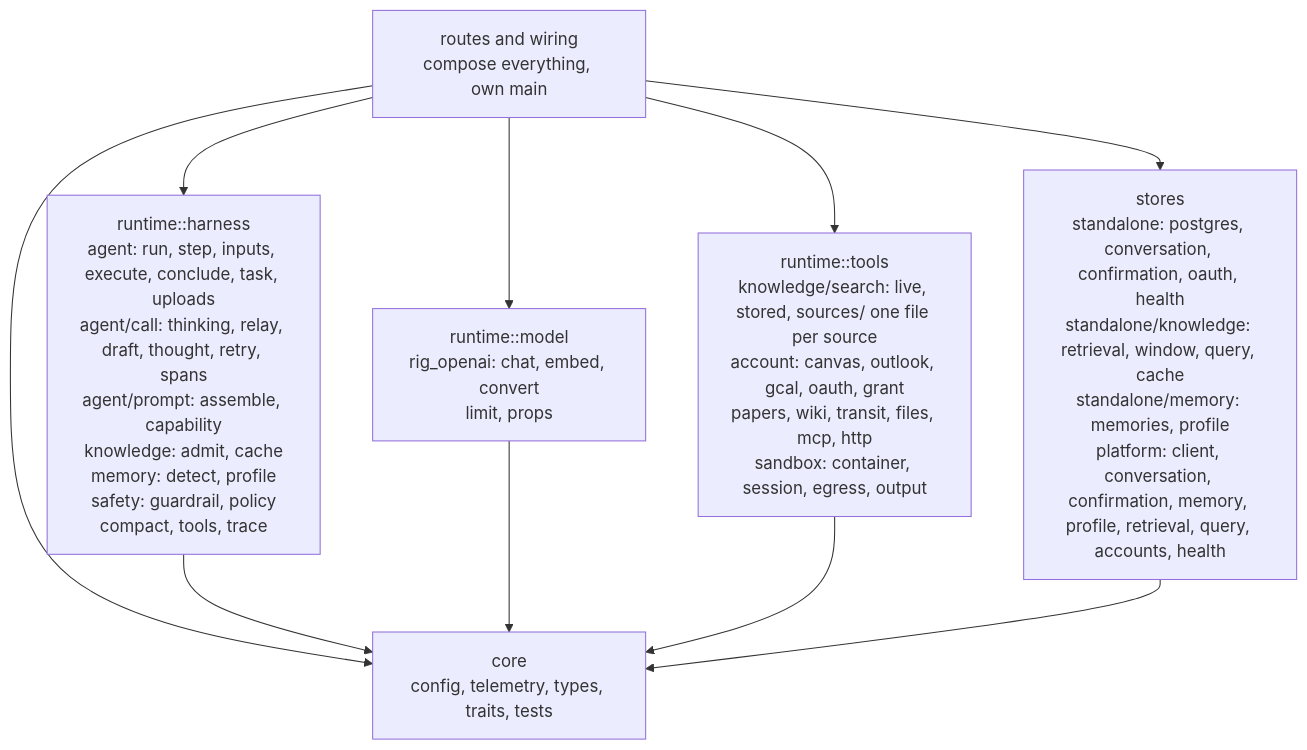
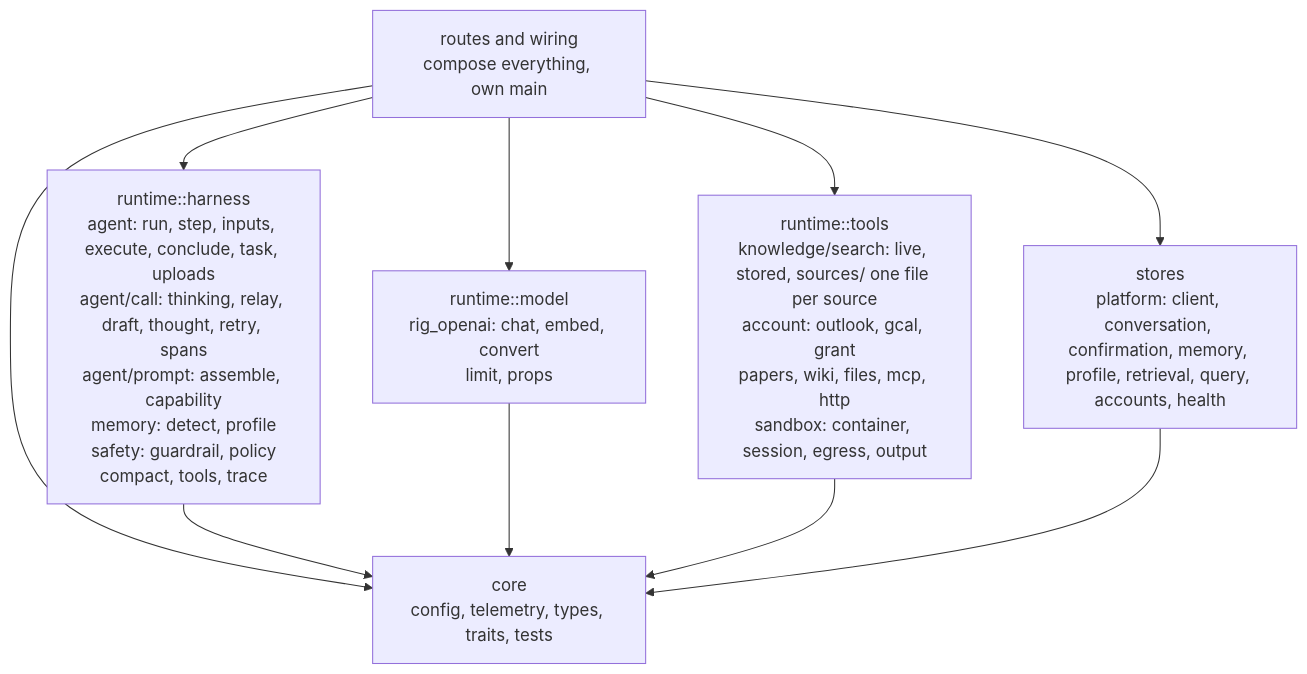
The second of 8 diagrams in docs/ARCHITECTURE.md (ashworks1706/SparkyAI), drawn with Mermaid before and after one commit. The commit also changed other lines of this file and 256 other files, not shown here.

First line of the commit message:
Run Sparky on Platform alone and route thinking by need

````diff
--- a/docs/ARCHITECTURE.md
+++ b/docs/ARCHITECTURE.md
@@ -136,19 +112,19 @@
 ```mermaid
 flowchart TD
     ROUTES["routes and wiring<br/>compose everything, own main"]
-    HARNESS["runtime::harness<br/>agent: run, step, inputs, execute, conclude, task, uploads<br/>agent/call: thinking, relay, draft, thought, retry, spans<br/>agent/prompt: assemble, capability<br/>knowledge: admit, cache<br/>memory: detect, profile<br/>safety: guardrail, policy<br/>compact, tools, trace"]
+    HARNESS["runtime::harness<br/>agent: run, step, inputs, execute, conclude, task, uploads<br/>agent/call: thinking, relay, draft, thought, retry, spans<br/>agent/prompt: assemble, capability<br/>memory: detect, profile<br/>safety: guardrail, policy<br/>compact, tools, trace"]
     MODEL["runtime::model<br/>rig_openai: chat, embed, convert<br/>limit, props"]
-    TOOLS["runtime::tools<br/>knowledge/search: live, stored, sources/ one file per source<br/>account: canvas, outlook, gcal, oauth, grant<br/>papers, wiki, transit, files, mcp, http<br/>sandbox: container, session, egress, output"]
-    STORES["stores<br/>standalone: postgres, conversation, confirmation, oauth, health<br/>standalone/knowledge: retrieval, window, query, cache<br/>standalone/memory: memories, profile<br/>platform: client, conversation, confirmation, memory, profile, retrieval, query, accounts, health"]
+    TOOLS["runtime::tools<br/>knowledge/search: live, stored, sources/ one file per source<br/>account: outlook, gcal, grant<br/>papers, wiki, files, mcp, http<br/>sandbox: container, session, egress, output"]
+    STORES["stores<br/>platform: client, conversation, confirmation, memory, profile, retrieval, query, accounts, health"]
     CORE["core<br/>config, telemetry, types, traits, tests"]
 
     ROUTES --> HARNESS
     ROUTES --> MODEL
     ROUTES --> TOOLS
     ROUTES --> STORES
     ROUTES --> CORE
     HARNESS --> CORE
     MODEL --> CORE
     TOOLS --> CORE
     STORES --> CORE
 ```
````
